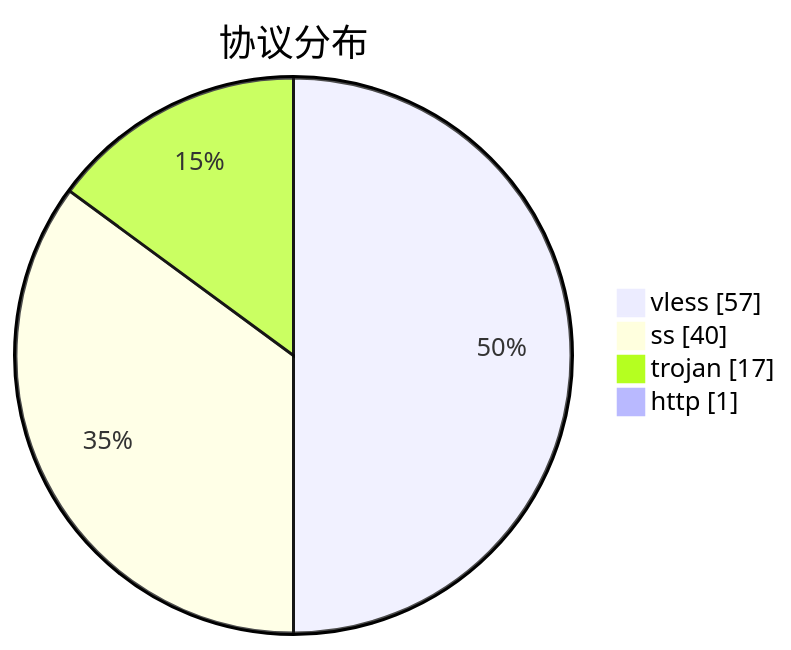
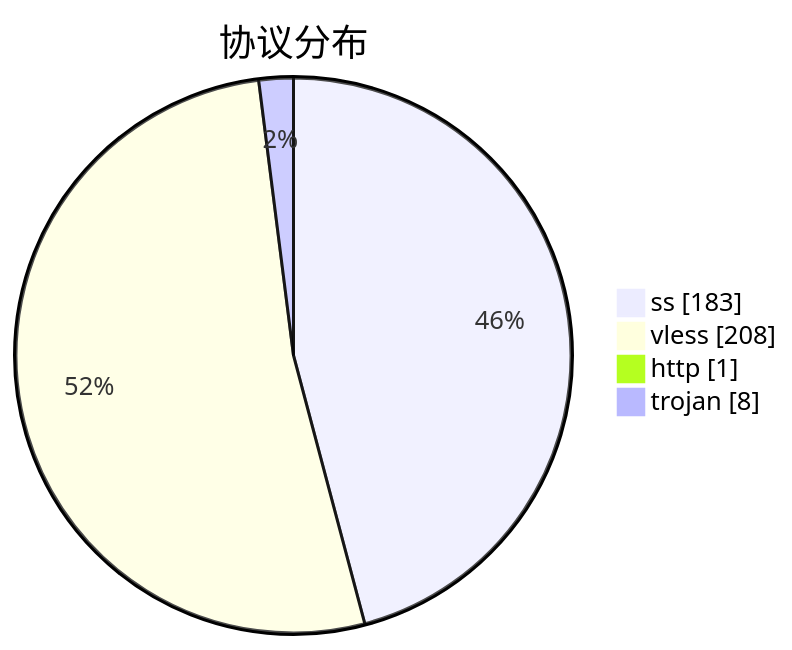
The third of 3 diagrams in subs/statistics/tested_within.md (qjlxg/airport), drawn with Mermaid before and after one commit. The commit also changed other lines of this file and 2 other files, not shown here.

````diff
--- a/subs/statistics/tested_within.md
+++ b/subs/statistics/tested_within.md
@@ -18,8 +20,8 @@
 ```mermaid
 pie showData
 title 协议分布
-"vless" : 57
-"ss" : 40
-"trojan" : 17
+"ss" : 183
+"vless" : 208
 "http" : 1
+"trojan" : 8
 ```
````
